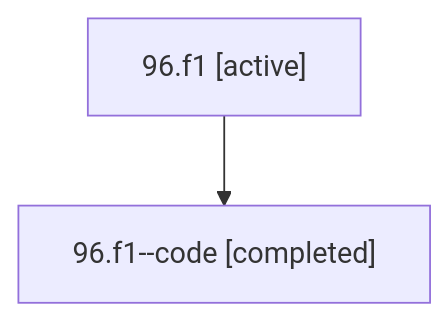
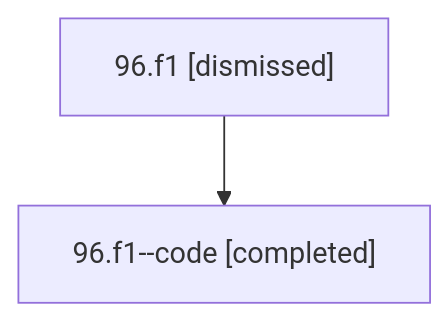
One commit to sase-org/sase--agents changed the diagram in sessions/bbugyi200.athena.96.f1.md. Above: the diagram before and after it, drawn with Mermaid. The commit also changed other lines of this file and 27 other files, not shown here.

````diff
--- a/sessions/bbugyi200.athena.96.f1.md
+++ b/sessions/bbugyi200.athena.96.f1.md
@@ -9,6 +9,6 @@
 ```mermaid
 flowchart TD
-  n0["96.f1 [active]"]
+  n0["96.f1 [dismissed]"]
   n1["96.f1--code [completed]"]
   n0 --> n1
 ```
````
